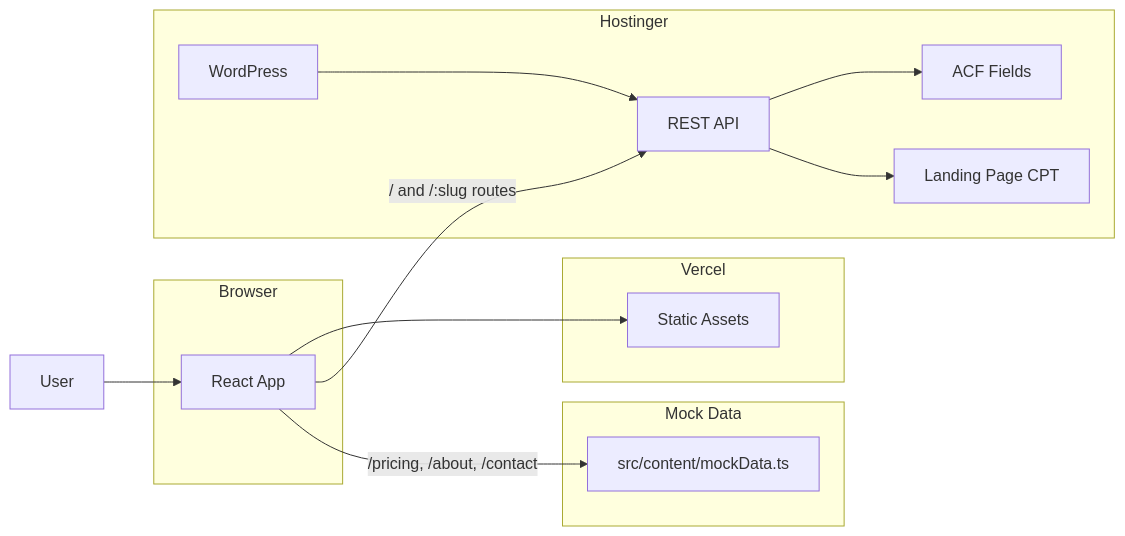
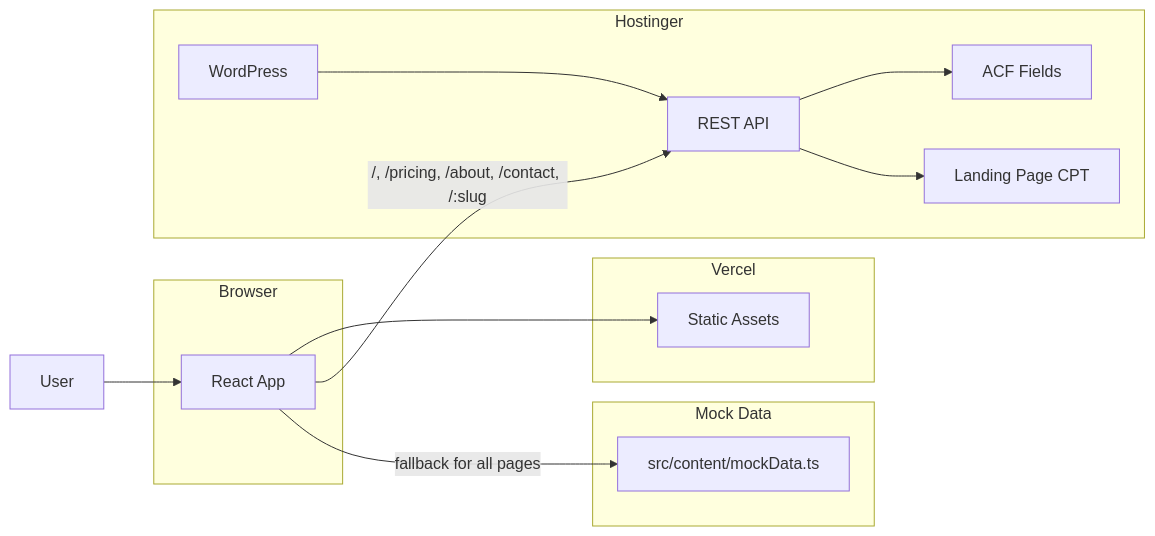
The first of 5 diagrams in architecture.md (harsh20/ccsprowebsite), drawn with Mermaid before and after one commit. The commit also changed other lines of this file and 27 other files, not shown here.

````diff
--- a/architecture.md
+++ b/architecture.md
@@ -9,25 +9,25 @@
 ```mermaid
 flowchart LR
     subgraph client [Browser]
         App[React App]
     end
     subgraph frontend_host [Vercel]
         Static[Static Assets]
     end
     subgraph cms_host [Hostinger]
         WP[WordPress]
         REST[REST API]
         ACF[ACF Fields]
         CPT[Landing Page CPT]
     end
     subgraph mock [Mock Data]
         MockTS["src/content/mockData.ts"]
     end
     User[User] --> App
     App --> Static
-    App -->|"/ and /:slug routes"| REST
-    App -->|"/pricing, /about, /contact"| MockTS
+    App -->|"/, /pricing, /about, /contact, /:slug"| REST
+    App -->|"fallback for all pages"| MockTS
     WP --> REST
     REST --> ACF
     REST --> CPT
 ```
````
